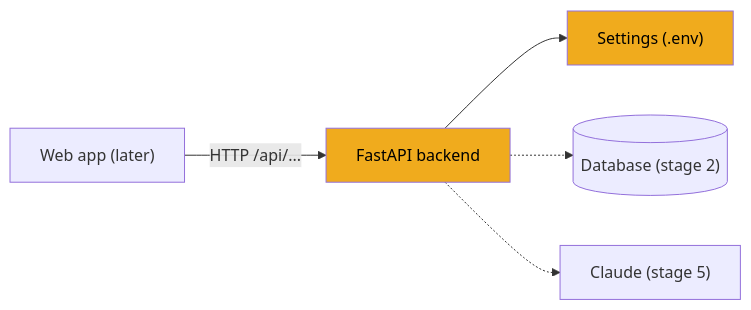
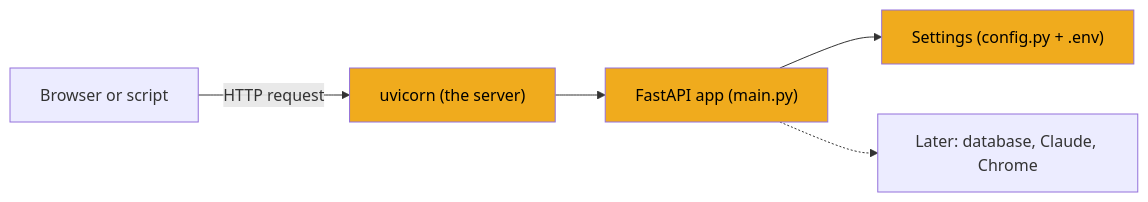
Before and after one commit to linhoangce/JobBee: the diagram in docs/learn/01-backend-skeleton.md, drawn with Mermaid. The commit also changed other lines of this file and 31 other files, not shown here.

````diff
--- a/docs/learn/01-backend-skeleton.md
+++ b/docs/learn/01-backend-skeleton.md
@@ -11,9 +11,10 @@
 ```mermaid
 flowchart LR
-  UI["Web app (later)"] -- "HTTP /api/..." --> API["FastAPI backend"]
-  API --> CFG["Settings (.env)"]
-  API -.-> DB[("Database (stage 2)")]
-  API -.-> Claude["Claude (stage 5)"]
-  style API fill:#f0ab1d,color:#000
-  style CFG fill:#f0ab1d,color:#000
+  B["Browser or script"] -- "HTTP request" --> U["uvicorn (the server)"]
+  U --> A["FastAPI app (main.py)"]
+  A --> C["Settings (config.py + .env)"]
+  A -.-> L["Later: database, Claude, Chrome"]
+  style U fill:#f0ab1d,color:#000
+  style A fill:#f0ab1d,color:#000
+  style C fill:#f0ab1d,color:#000
 ```
````
